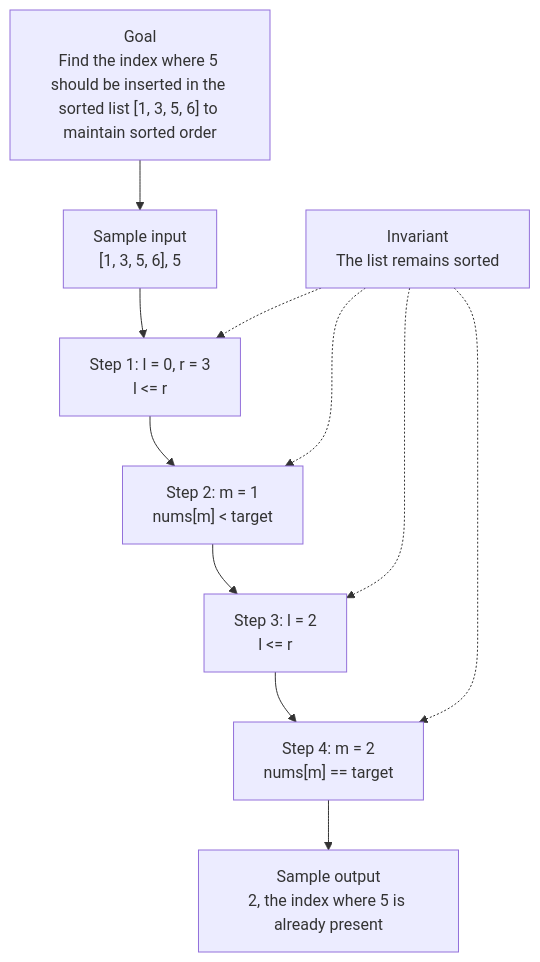
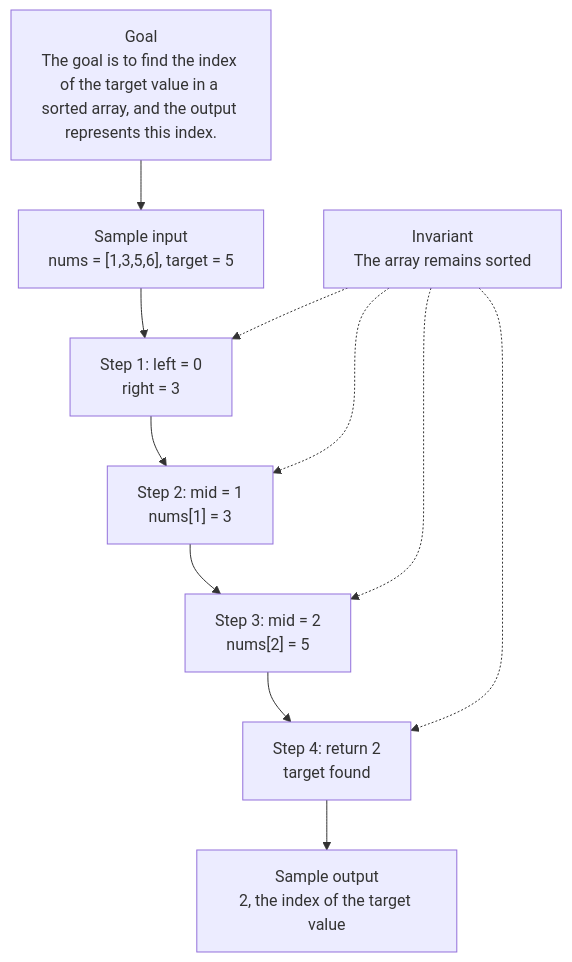
One commit to daanniill/leetcode_sols changed the diagram in 0000-search-insert-position/README.md. Above: the diagram before and after it, drawn with Mermaid. The commit also changed other lines of this file and 1 other file, not shown here.

````diff
--- a/0000-search-insert-position/README.md
+++ b/0000-search-insert-position/README.md
@@ -19,16 +19,16 @@
 ```mermaid
 flowchart TD
-  n0["Goal<br/>Find the index where 5 should be inserted in the sorted list [1, 3, 5, 6] to maintain sorted order"]
-  n1["Sample input<br/>[1, 3, 5, 6], 5"]
-  n2["Step 1: l = 0, r = 3<br/>l &lt;= r"]
-  n3["Step 2: m = 1<br/>nums[m] &lt; target"]
-  n4["Step 3: l = 2<br/>l &lt;= r"]
-  n5["Step 4: m = 2<br/>nums[m] == target"]
-  n6["Sample output<br/>2, the index where 5 is already present"]
-  inv["Invariant<br/>The list remains sorted"]
+  n0["Goal<br/>The goal is to find the index of the target value in a sorted array, and the output represents this index."]
+  n1["Sample input<br/>nums = [1,3,5,6], target = 5"]
+  n2["Step 1: left = 0<br/>right = 3"]
+  n3["Step 2: mid = 1<br/>nums[1] = 3"]
+  n4["Step 3: mid = 2<br/>nums[2] = 5"]
+  n5["Step 4: return 2<br/>target found"]
+  n6["Sample output<br/>2, the index of the target value"]
+  inv["Invariant<br/>The array remains sorted"]
   n0 --> n1 --> n2 --> n3 --> n4 --> n5 --> n6
   inv -.-> n2
   inv -.-> n3
   inv -.-> n4
   inv -.-> n5
 ```
````
